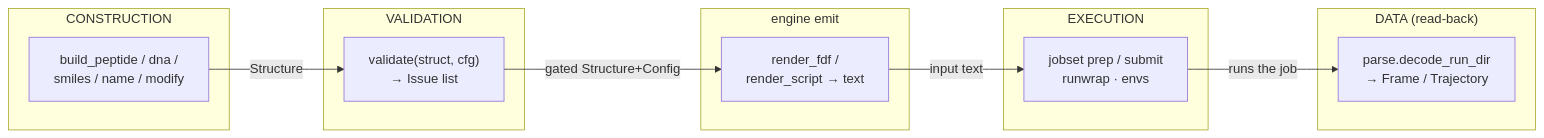
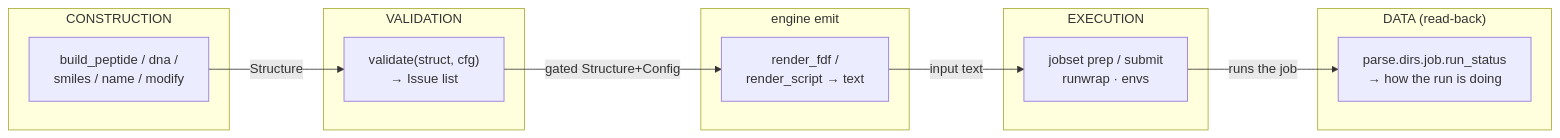
Before and after one commit to Qing-LAB/molbuilder: the diagram in docs/backend-architecture.md, drawn with Mermaid. The commit also changed other lines of this file and 25 other files, not shown here.

````diff
--- a/docs/backend-architecture.md
+++ b/docs/backend-architecture.md
@@ -237,19 +237,19 @@
 ```mermaid
 flowchart LR
   subgraph C["CONSTRUCTION"]
     B["build_peptide / dna /<br/>smiles / name / modify"]
   end
   subgraph V["VALIDATION"]
     VA["validate(struct, cfg)<br/>→ Issue list"]
   end
   subgraph E["engine emit"]
     EM["render_fdf /<br/>render_script → text"]
   end
   subgraph X["EXECUTION"]
     RUN["jobset prep / submit<br/>runwrap · envs"]
   end
   subgraph D["DATA (read-back)"]
-    RB["parse.decode_run_dir<br/>→ Frame / Trajectory"]
+    RB["parse.dirs.job.run_status<br/>→ how the run is doing"]
   end
   B -->|Structure| VA -->|gated Structure+Config| EM -->|input text| RUN -->|runs the job| RB
 ```
````
